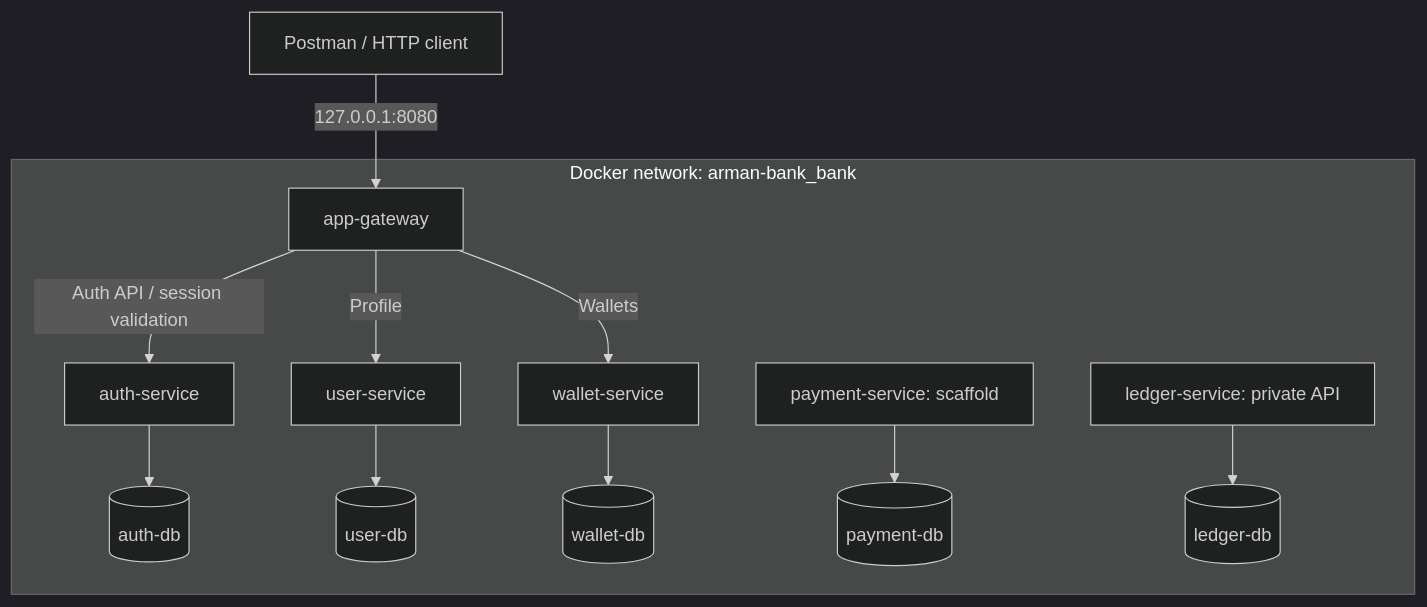
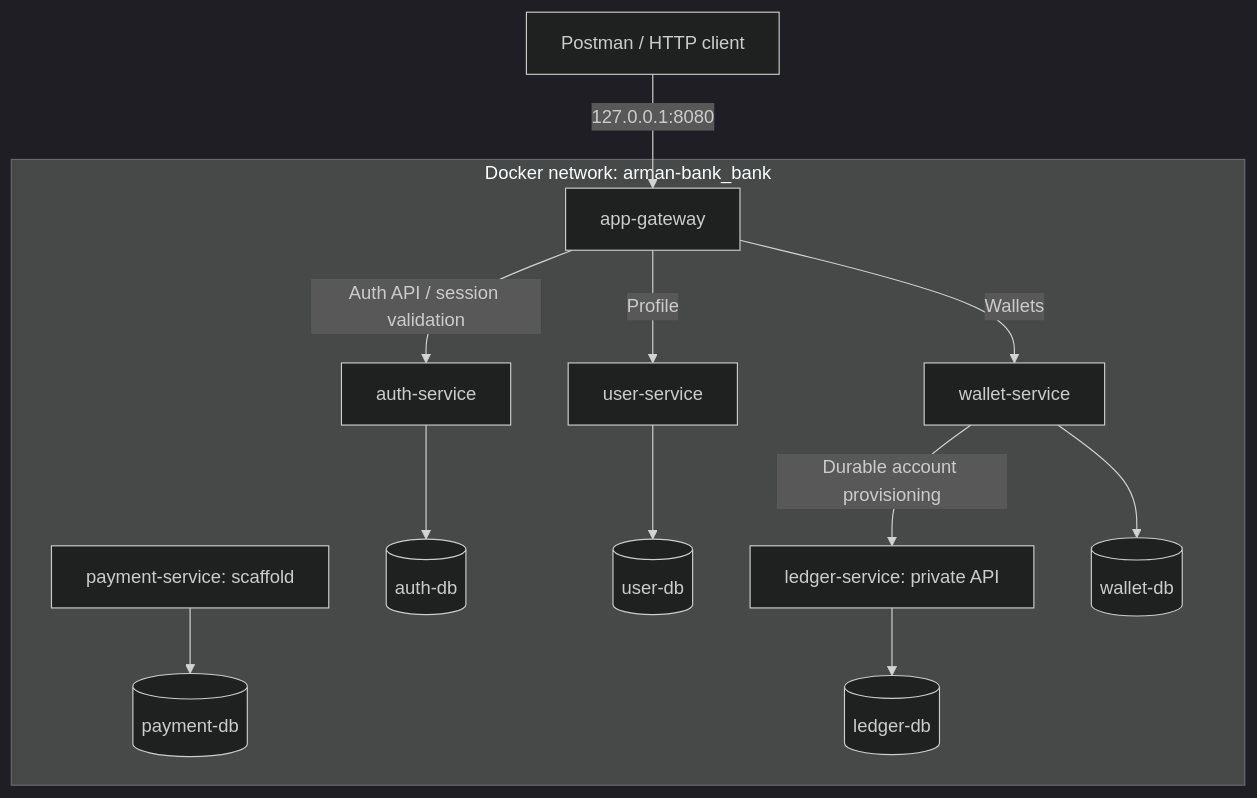
Before and after one commit to aarbabaev/ArMoney: the first of 12 diagrams in ARCHITECTURE.md, drawn with Mermaid (dark theme). The commit also changed other lines of this file and 32 other files, not shown here.

````diff
--- a/ARCHITECTURE.md
+++ b/ARCHITECTURE.md
@@ -46,16 +46,17 @@
 ```mermaid
 flowchart TB
     C["Postman / HTTP client"] -->|"127.0.0.1:8080"| G["app-gateway"]
     subgraph NET["Docker network: arman-bank_bank"]
         G -->|"Auth API / session validation"| A["auth-service"]
         G -->|"Profile"| U["user-service"]
         G -->|"Wallets"| W["wallet-service"]
         P["payment-service: scaffold"]
         L["ledger-service: private API"]
+        W -->|"Durable account provisioning"| L
         A --> AD[("auth-db")]
         U --> UD[("user-db")]
         W --> WD[("wallet-db")]
         P --> PD[("payment-db")]
         L --> LD[("ledger-db")]
     end
 ```
````
